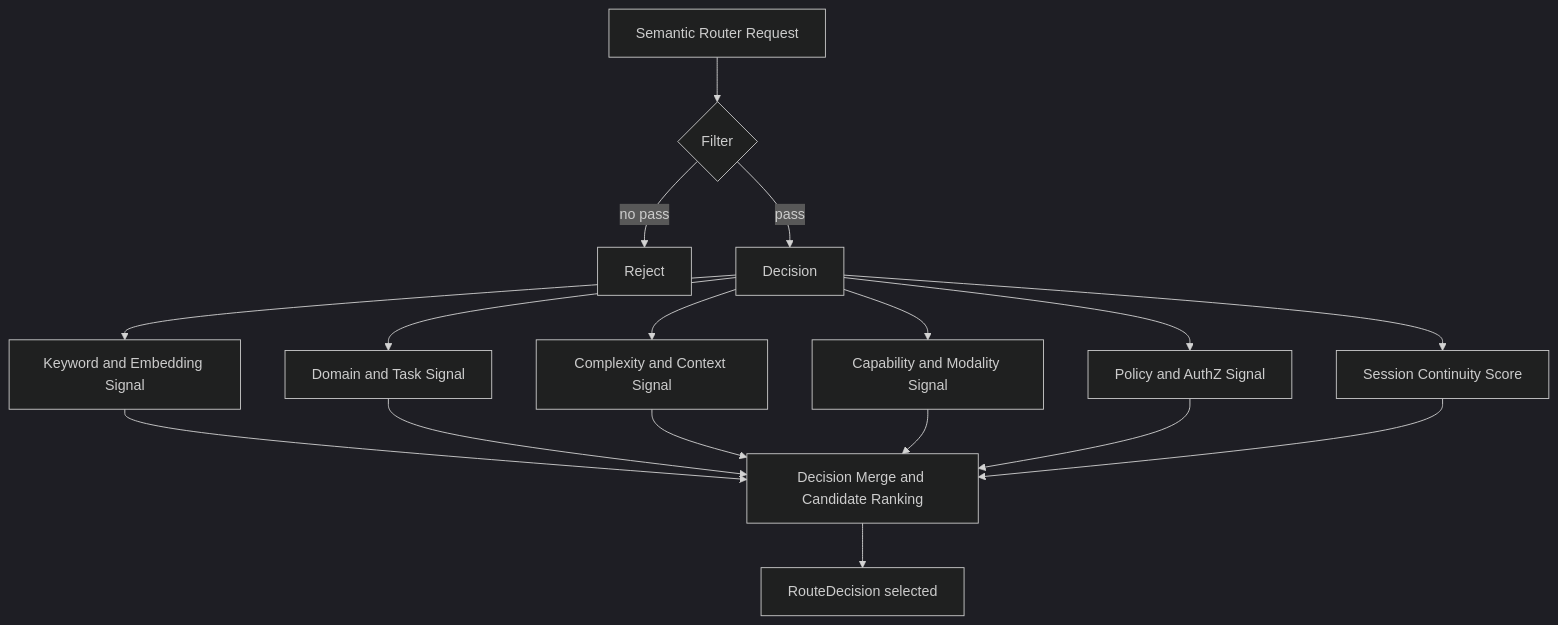
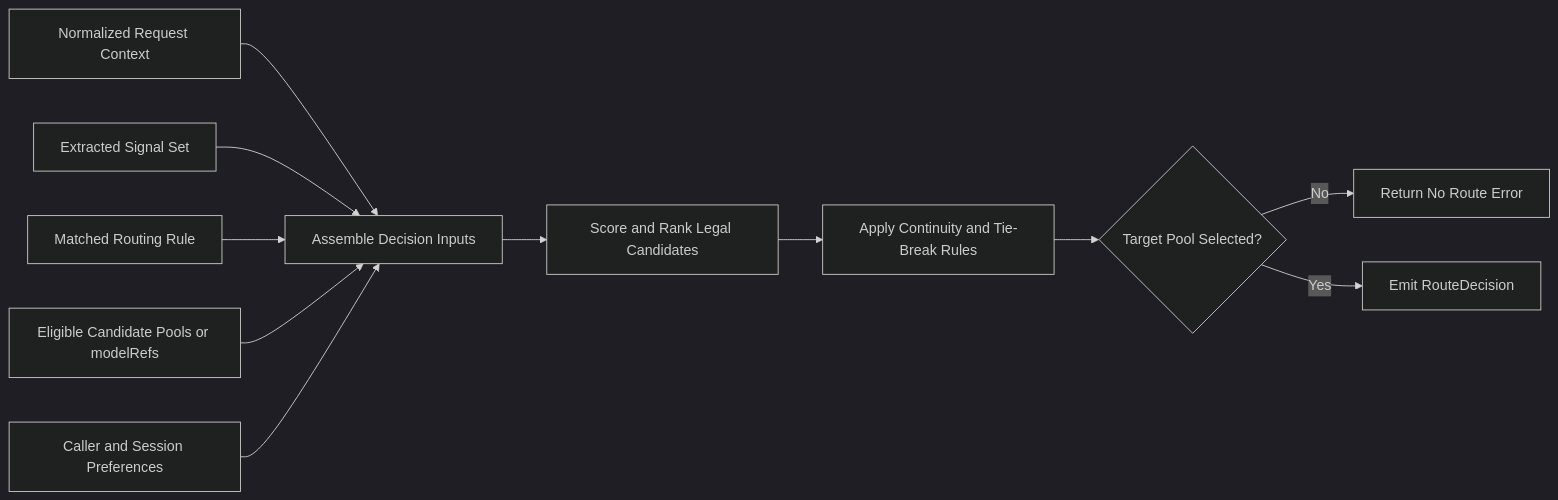
Before and after one commit to puyanguvic/semenatic_routing_and_load_balance: the fourth of 4 diagrams in ase_semantic_router.md, drawn with Mermaid (dark theme). The commit also changed other lines of this file, not shown here.

````diff
--- a/ase_semantic_router.md
+++ b/ase_semantic_router.md
@@ -195,23 +198,14 @@
 ```mermaid
-flowchart TD
-    A[Semantic Router Request] --> B{Filter}
+flowchart LR
+    A[Normalized Request Context] --> I[Assemble Decision Inputs]
+    B[Extracted Signal Set] --> I
+    C[Matched Routing Rule] --> I
+    D[Eligible Candidate Pools or modelRefs] --> I
+    E[Caller and Session Preferences] --> I
 
-    B -- no pass --> Reject[Reject]
-    B -- pass --> Decision
-
-    Decision --> S1[Keyword and Embedding Signal]
-    Decision --> S2[Domain and Task Signal]
-    Decision --> S3[Complexity and Context Signal]
-    Decision --> S4[Capability and Modality Signal]
-    Decision --> S5[Policy and AuthZ Signal]
-    Decision --> S6[Session Continuity Score]
-
-    S1 --> WS[Decision Merge and Candidate Ranking]
-    S2 --> WS
-    S3 --> WS
-    S4 --> WS
-    S5 --> WS
-    S6 --> WS
-
-    WS --> PK[RouteDecision selected]
+    I --> S[Score and Rank Legal Candidates]
+    S --> T[Apply Continuity and Tie-Break Rules]
+    T --> G{Target Pool Selected?}
+    G -- No --> X[Return No Route Error]
+    G -- Yes --> R[Emit RouteDecision]
 ```
````
